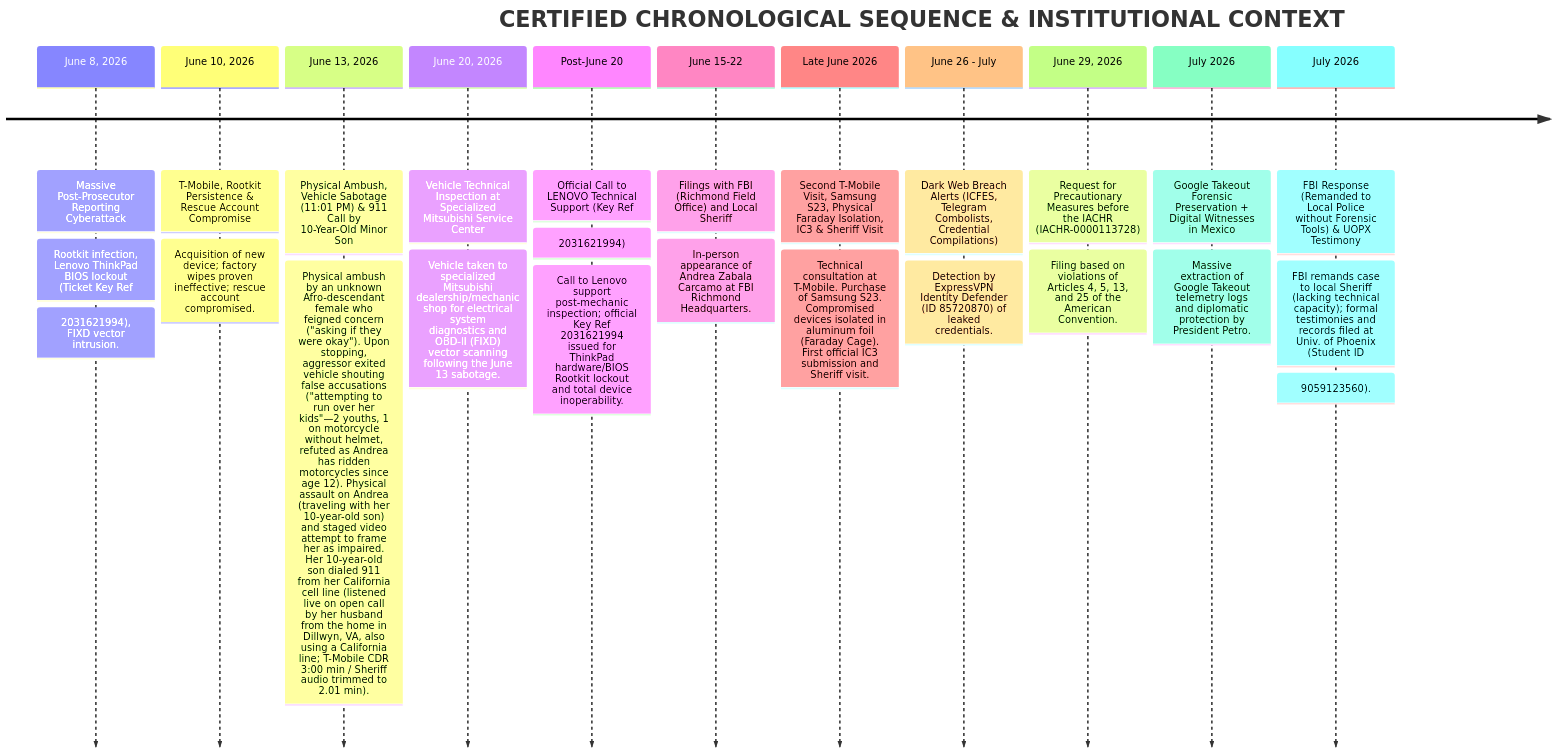
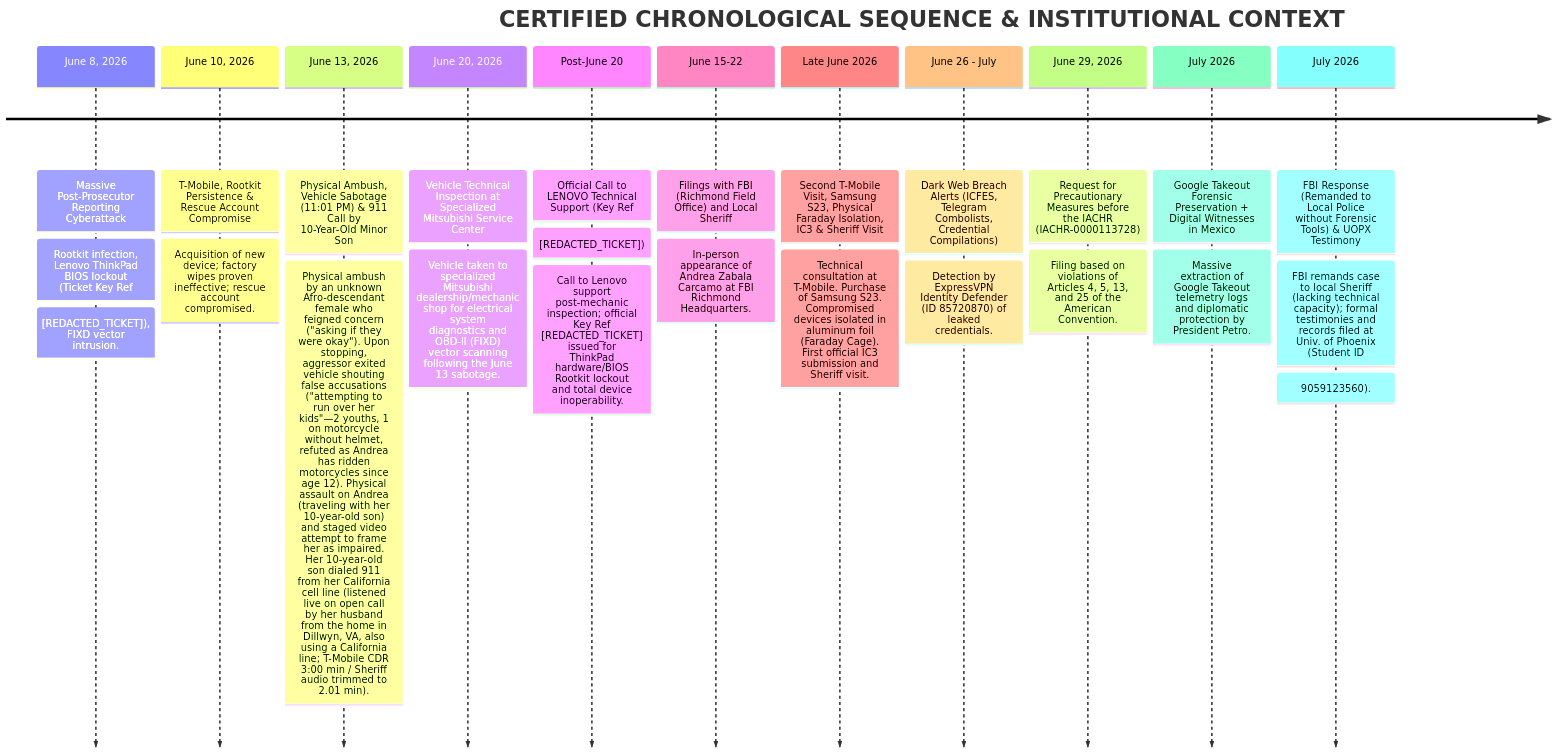
Before and after one commit to anzaca0330-pixel/AndreTaker---AnZaCa-Rep: the diagram in 03_DOCUMENTACION/CARITA_FELIZ_DELIVERABLE/party_planning.md, drawn with Mermaid. The commit also changed other lines of this file and 73 other files, not shown here.

````diff
--- a/03_DOCUMENTACION/CARITA_FELIZ_DELIVERABLE/party_planning.md
+++ b/03_DOCUMENTACION/CARITA_FELIZ_DELIVERABLE/party_planning.md
@@ -15,26 +15,26 @@
 ```mermaid
 timeline
     title CERTIFIED CHRONOLOGICAL SEQUENCE & INSTITUTIONAL CONTEXT
     June 8, 2026   : Massive Post-Prosecutor Reporting Cyberattack
-                   : Rootkit infection, Lenovo ThinkPad BIOS lockout (Ticket Key Ref: 2031621994), FIXD vector intrusion.
+                   : Rootkit infection, Lenovo ThinkPad BIOS lockout (Ticket Key Ref: [REDACTED_TICKET]), FIXD vector intrusion.
     June 10, 2026  : T-Mobile, Rootkit Persistence & Rescue Account Compromise
                    : Acquisition of new device; factory wipes proven ineffective; rescue account compromised.
     June 13, 2026  : Physical Ambush, Vehicle Sabotage (11:01 PM) & 911 Call by 10-Year-Old Minor Son
                    : Physical ambush by an unknown Afro-descendant female who feigned concern ("asking if they were okay"). Upon stopping, aggressor exited vehicle shouting false accusations ("attempting to run over her kids"—2 youths, 1 on motorcycle without helmet, refuted as Andrea has ridden motorcycles since age 12). Physical assault on Andrea (traveling with her 10-year-old son) and staged video attempt to frame her as impaired. Her 10-year-old son dialed 911 from her California cell line (listened live on open call by her husband from the home in Dillwyn, VA, also using a California line; T-Mobile CDR 3:00 min / Sheriff audio trimmed to 2.01 min).
     June 20, 2026  : Vehicle Technical Inspection at Specialized Mitsubishi Service Center
                    : Vehicle taken to specialized Mitsubishi dealership/mechanic shop for electrical system diagnostics and OBD-II (FIXD) vector scanning following the June 13 sabotage.
-    Post-June 20   : Official Call to LENOVO Technical Support (Key Ref: 2031621994)
-                   : Call to Lenovo support post-mechanic inspection; official Key Ref 2031621994 issued for ThinkPad hardware/BIOS Rootkit lockout and total device inoperability.
+    Post-June 20   : Official Call to LENOVO Technical Support (Key Ref: [REDACTED_TICKET])
+                   : Call to Lenovo support post-mechanic inspection; official Key Ref [REDACTED_TICKET] issued for ThinkPad hardware/BIOS Rootkit lockout and total device inoperability.
     June 15-22     : Filings with FBI (Richmond Field Office) and Local Sheriff
                    : In-person appearance of Andrea Zabala Carcamo at FBI Richmond Headquarters.
     Late June 2026 : Second T-Mobile Visit, Samsung S23, Physical Faraday Isolation, IC3 & Sheriff Visit
                    : Technical consultation at T-Mobile. Purchase of Samsung S23. Compromised devices isolated in aluminum foil (Faraday Cage). First official IC3 submission and Sheriff visit.
     June 26 - July : Dark Web Breach Alerts (ICFES, Telegram Combolists, Credential Compilations)
                    : Detection by ExpressVPN Identity Defender (ID 85720870) of leaked credentials.
     June 29, 2026  : Request for Precautionary Measures before the IACHR (IACHR-0000113728)
                    : Filing based on violations of Articles 4, 5, 13, and 25 of the American Convention.
     July 2026      : Google Takeout Forensic Preservation + Digital Witnesses in Mexico
                    : Massive extraction of Google Takeout telemetry logs and diplomatic protection by President Petro.
     July 2026      : FBI Response (Remanded to Local Police without Forensic Tools) & UOPX Testimony
                    : FBI remands case to local Sheriff (lacking technical capacity); formal testimonies and records filed at Univ. of Phoenix (Student ID: 9059123560).
 ```
````
